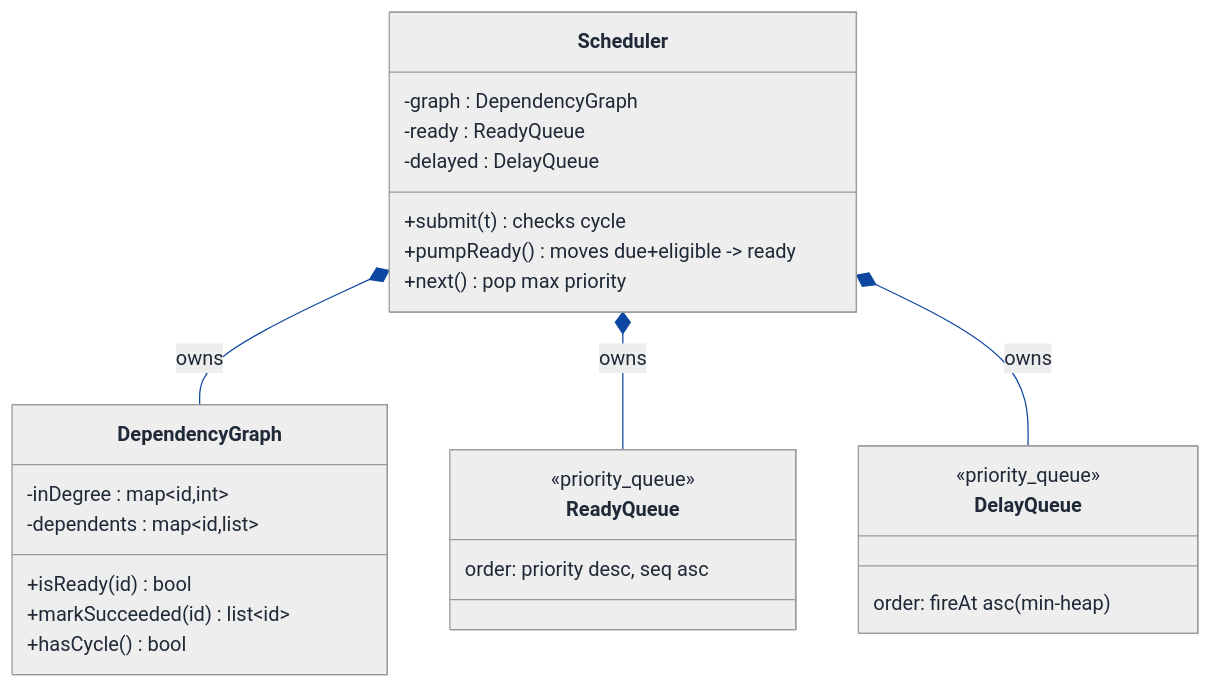
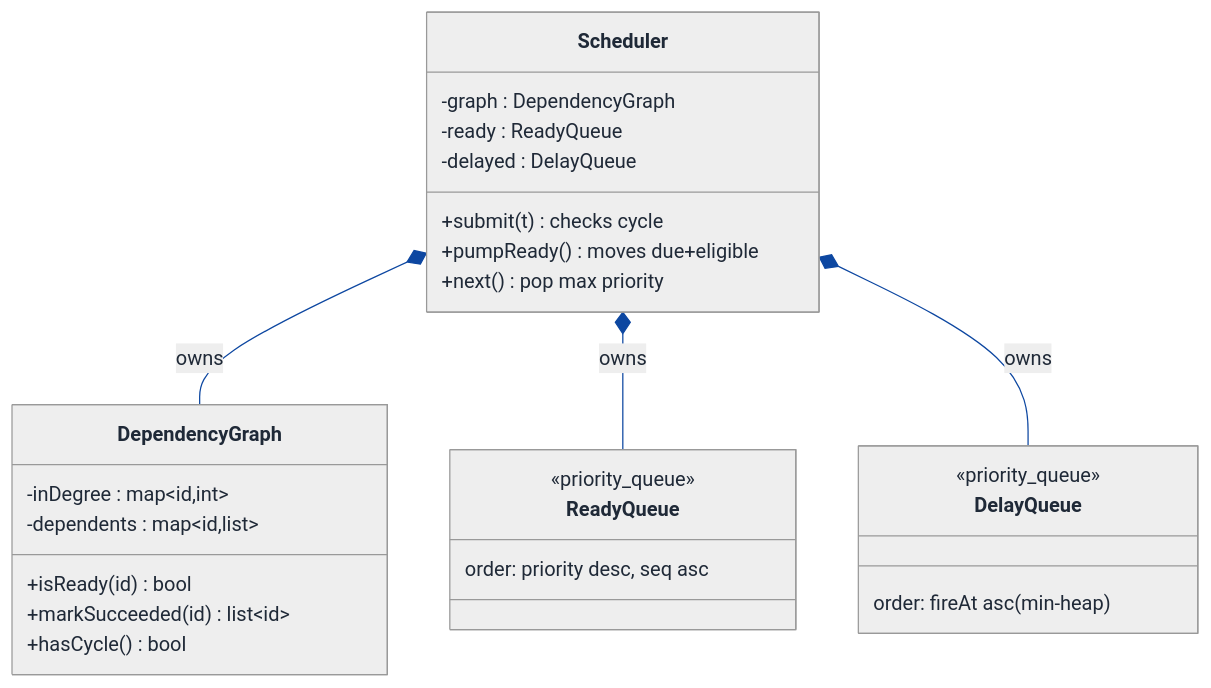
Before and after one commit to Prateek-5/question-bank: the second of 7 diagrams in LLD/Topics/LLD_DataStructures/Task_Scheduler.md, drawn with Mermaid. The commit also changed other lines of this file and 61 other files, not shown here.

First line of the commit message:
Fix invalid mermaid classDiagram member syntax across LLD walkthroughs

````diff
--- a/LLD/Topics/LLD_DataStructures/Task_Scheduler.md
+++ b/LLD/Topics/LLD_DataStructures/Task_Scheduler.md
@@ -426,62 +426,62 @@
 ```mermaid
 ---
 config:
   theme: neutral
   themeVariables:
     background: '#ffffff'
     primaryColor: '#cfe2ff'
     primaryTextColor: '#1f2937'
     primaryBorderColor: '#084298'
     secondaryColor: '#fff3cd'
     secondaryTextColor: '#1f2937'
     secondaryBorderColor: '#664d03'
     tertiaryColor: '#d1e7dd'
     tertiaryTextColor: '#1f2937'
     tertiaryBorderColor: '#0a3622'
     lineColor: '#0d47a1'
     textColor: '#1f2937'
     noteBkgColor: '#fff3cd'
     noteTextColor: '#1f2937'
     noteBorderColor: '#997404'
     actorBkg: '#cfe2ff'
     actorBorder: '#084298'
     actorTextColor: '#1f2937'
     signalColor: '#0d47a1'
     signalTextColor: '#1f2937'
     labelBoxBkgColor: '#ffffff'
     labelBoxBorderColor: '#d3d3d3'
     labelTextColor: '#1f2937'
     edgeLabelBackground: '#ffffff'
     labelBackground: '#ffffff'
     classText: '#1f2937'
     fontFamily: 'system-ui, -apple-system, Segoe UI, Helvetica, Arial, sans-serif'
 ---
 classDiagram
   direction TB
   class Scheduler {
     -graph : DependencyGraph
     -ready : ReadyQueue
     -delayed : DelayQueue
     +submit(t) checks cycle
-    +pumpReady() moves due+eligible -> ready
+    +pumpReady() moves due+eligible
     +next() pop max priority
   }
   class DependencyGraph {
     -inDegree : map~id,int~
     -dependents : map~id,list~
     +isReady(id) bool
     +markSucceeded(id) list~id~
     +hasCycle() bool
   }
   class ReadyQueue {
     <<priority_queue>>
     order: priority desc, seq asc
   }
   class DelayQueue {
     <<priority_queue>>
     order: fireAt asc (min-heap)
   }
   Scheduler *-- DependencyGraph : owns
   Scheduler *-- ReadyQueue : owns
   Scheduler *-- DelayQueue : owns
 ```
````
